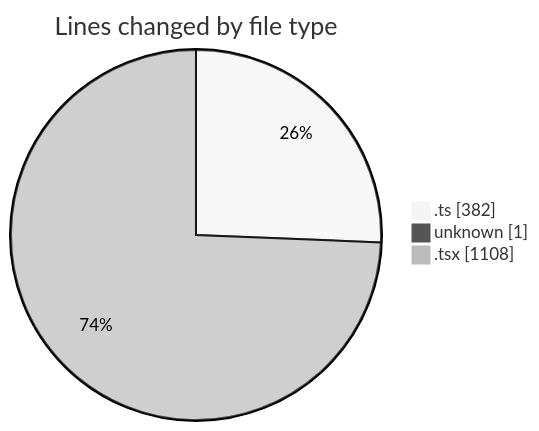
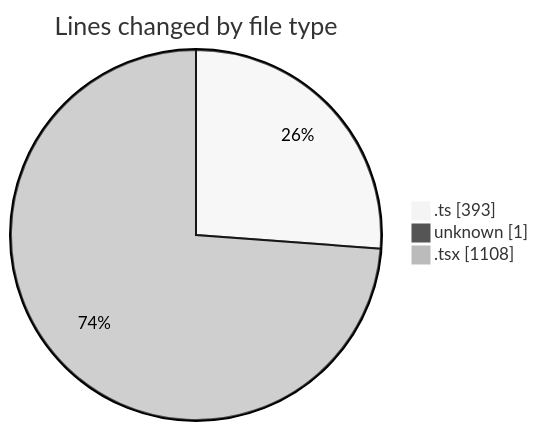
Before and after one commit to robertbonfada/code-tracking: the first of 2 diagrams in 2025-02-17/mbc-web/README.md, drawn with Mermaid (neutral theme). The commit also changed other lines of this file and 1 other file, not shown here.

````diff
--- a/2025-02-17/mbc-web/README.md
+++ b/2025-02-17/mbc-web/README.md
@@ -27,7 +27,7 @@
 ```mermaid
 pie showData
 title Lines changed by file type
-".ts" : 382
+".ts" : 393
 "unknown" : 1
 ".tsx" : 1108
 ```
````
